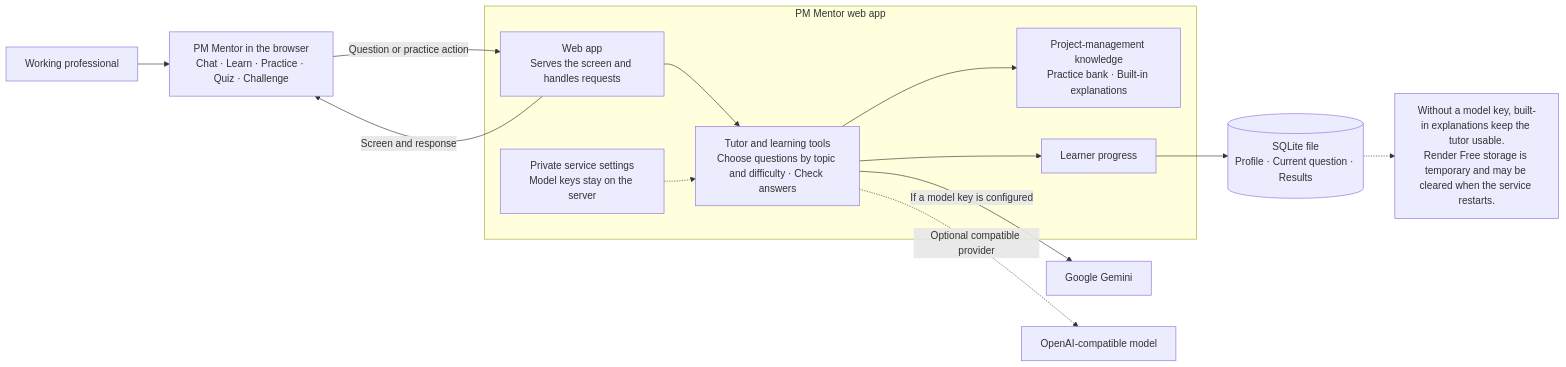
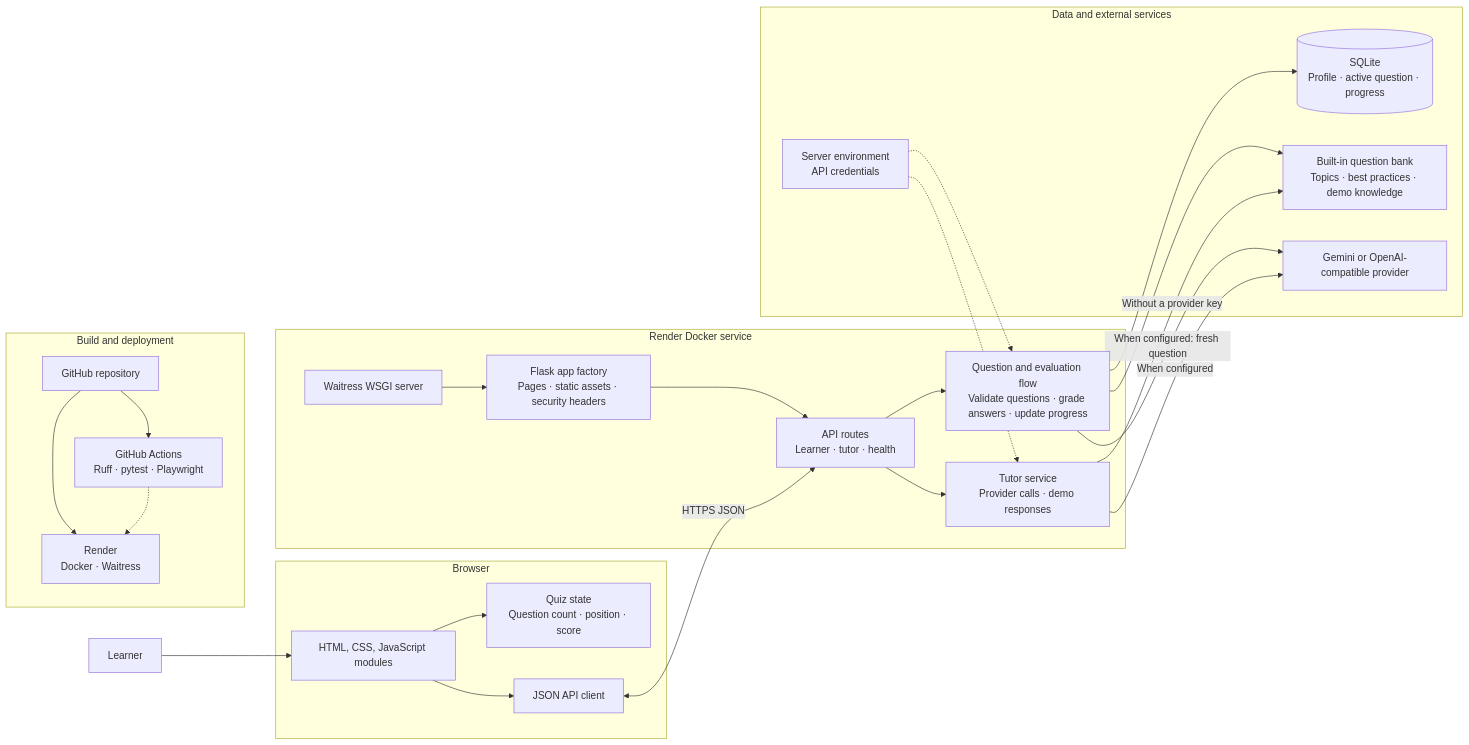
Before and after one commit to iteshwalia/ai-tutor-projectmanagement: the first of 3 diagrams in architecture.md, drawn with Mermaid. The commit also changed other lines of this file and 4 other files, not shown here.

Commit message:
Document technical architecture diagram

````diff
--- a/architecture.md
+++ b/architecture.md
@@ -7,25 +9,46 @@
 ```mermaid
 flowchart LR
-    learner["Working professional"] --> browser["PM Mentor in the browser<br/>Chat · Learn · Practice · Quiz · Challenge"]
+    learner["Learner"] --> ui
 
-    subgraph app["PM Mentor web app"]
-        web["Web app<br/>Serves the screen and handles requests"]
-        tutor["Tutor and learning tools<br/>Choose questions by topic and difficulty · Check answers"]
-        content["Project-management knowledge<br/>Practice bank · Built-in explanations"]
-        progress["Learner progress"]
-        settings["Private service settings<br/>Model keys stay on the server"]
+    subgraph browser["Browser"]
+        ui["HTML, CSS, JavaScript modules"]
+        quiz["Quiz state<br/>Question count · position · score"]
+        client["JSON API client"]
+        ui --> quiz
+        ui --> client
     end
 
-    browser -->|"Question or practice action"| web
-    web --> tutor
-    tutor --> content
-    tutor --> progress
-    progress --> database[("SQLite file<br/>Profile · Current question · Results")]
-    tutor -->|"If a model key is configured"| gemini["Google Gemini"]
-    tutor -.->|"Optional compatible provider"| other["OpenAI-compatible model"]
-    web -->|"Screen and response"| browser
-    settings -.-> tutor
+    subgraph service["Render Docker service"]
+        waitress["Waitress WSGI server"]
+        flask["Flask app factory<br/>Pages · static assets · security headers"]
+        routes["API routes<br/>Learner · tutor · health"]
+        learning["Question and evaluation flow<br/>Validate questions · grade answers · update progress"]
+        tutor["Tutor service<br/>Provider calls · demo responses"]
+        waitress --> flask --> routes
+        routes --> learning
+        routes --> tutor
+    end
 
-    note["Without a model key, built-in explanations keep the tutor usable.<br/>Render Free storage is temporary and may be cleared when the service restarts."]
-    database -.-> note
+    subgraph data["Data and external services"]
+        sqlite[("SQLite<br/>Profile · active question · progress")]
+        content["Built-in question bank<br/>Topics · best practices · demo knowledge"]
+        provider["Gemini or OpenAI-compatible provider"]
+        env["Server environment<br/>API credentials"]
+    end
+
+    client <-->|"HTTPS JSON"| routes
+    learning --> sqlite
+    learning --> content
+    learning -->|"When configured: fresh question"| provider
+    tutor -->|"When configured"| provider
+    tutor -->|"Without a provider key"| content
+    env -.-> learning
+    env -.-> tutor
+
+    subgraph delivery["Build and deployment"]
+        github["GitHub repository"] --> actions["GitHub Actions<br/>Ruff · pytest · Playwright"]
+        github --> render["Render<br/>Docker · Waitress"]
+    end
+
+    actions -.-> render
 ```
````
